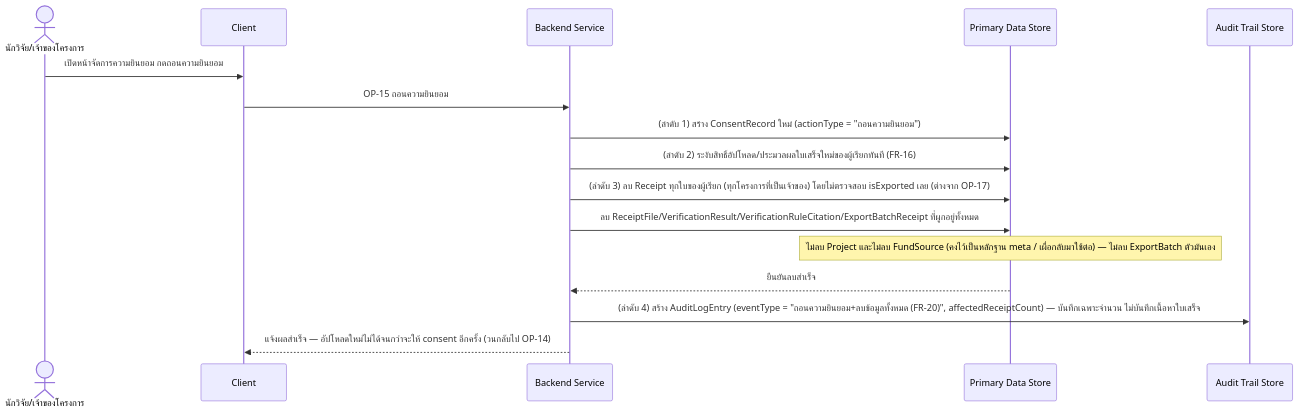
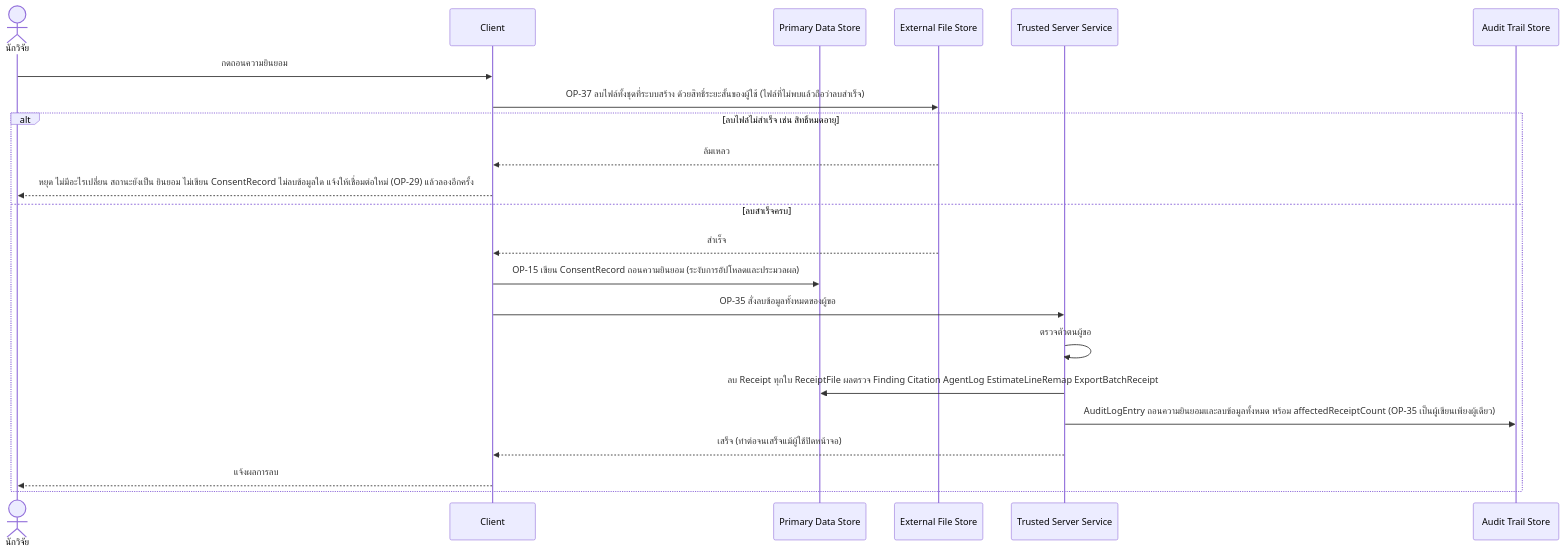
Before and after one commit to ptrsswnr/Grant-Receipt-Assistant: the second of 3 diagrams in docs/02-design/02-technical/detailed-design/consent-management.md, drawn with Mermaid. The commit also changed other lines of this file and 27 other files, not shown here.

````diff
--- a/docs/02-design/02-technical/detailed-design/consent-management.md
+++ b/docs/02-design/02-technical/detailed-design/consent-management.md
@@ -61,19 +56,25 @@
 ```mermaid
 sequenceDiagram
-    actor R as นักวิจัย/เจ้าของโครงการ
+    actor R as นักวิจัย
     participant C as Client
-    participant B as Backend Service
     participant DS as Primary Data Store
-    participant AT as Audit Trail Store
+    participant FS as External File Store
+    participant TS as Trusted Server Service
+    participant AU as Audit Trail Store
 
-    R->>C: เปิดหน้าจัดการความยินยอม กดถอนความยินยอม
-    C->>B: OP-15 ถอนความยินยอม
-    B->>DS: (ลำดับ 1) สร้าง ConsentRecord ใหม่ (actionType = "ถอนความยินยอม")
-    B->>DS: (ลำดับ 2) ระงับสิทธิ์อัปโหลด/ประมวลผลใบเสร็จใหม่ของผู้เรียกทันที (FR-16)
-    B->>DS: (ลำดับ 3) ลบ Receipt ทุกใบของผู้เรียก (ทุกโครงการที่เป็นเจ้าของ) โดยไม่ตรวจสอบ isExported เลย (ต่างจาก OP-17)
-    B->>DS: ลบ ReceiptFile/VerificationResult/VerificationRuleCitation/ExportBatchReceipt ที่ผูกอยู่ทั้งหมด
-    Note over DS: ไม่ลบ Project และไม่ลบ FundSource (คงไว้เป็นหลักฐาน meta / เผื่อกลับมาใช้ต่อ) — ไม่ลบ ExportBatch ตัวมันเอง
-    DS-->>B: ยืนยันลบสำเร็จ
-    B->>AT: (ลำดับ 4) สร้าง AuditLogEntry (eventType = "ถอนความยินยอม+ลบข้อมูลทั้งหมด (FR-20)", affectedReceiptCount) — บันทึกเฉพาะจำนวน ไม่บันทึกเนื้อหาใบเสร็จ
-    B-->>C: แจ้งผลสำเร็จ — อัปโหลดใหม่ไม่ได้จนกว่าจะให้ consent อีกครั้ง (วนกลับไป OP-14)
+    R->>C: กดถอนความยินยอม
+    C->>FS: OP-37 ลบไฟล์ทั้งชุดที่ระบบสร้าง ด้วยสิทธิ์ระยะสั้นของผู้ใช้ (ไฟล์ที่ไม่พบแล้วถือว่าลบสำเร็จ)
+    alt ลบไฟล์ไม่สำเร็จ เช่น สิทธิ์หมดอายุ
+        FS-->>C: ล้มเหลว
+        C-->>R: หยุด ไม่มีอะไรเปลี่ยน สถานะยังเป็น ยินยอม ไม่เขียน ConsentRecord ไม่ลบข้อมูลใด แจ้งให้เชื่อมต่อใหม่ (OP-29) แล้วลองอีกครั้ง
+    else ลบสำเร็จครบ
+        FS-->>C: สำเร็จ
+        C->>DS: OP-15 เขียน ConsentRecord ถอนความยินยอม (ระงับการอัปโหลดและประมวลผล)
+        C->>TS: OP-35 สั่งลบข้อมูลทั้งหมดของผู้ขอ
+        TS->>TS: ตรวจตัวตนผู้ขอ
+        TS->>DS: ลบ Receipt ทุกใบ ReceiptFile ผลตรวจ Finding Citation AgentLog EstimateLineRemap ExportBatchReceipt
+        TS->>AU: AuditLogEntry ถอนความยินยอมและลบข้อมูลทั้งหมด พร้อม affectedReceiptCount (OP-35 เป็นผู้เขียนเพียงผู้เดียว)
+        TS-->>C: เสร็จ (ทำต่อจนเสร็จแม้ผู้ใช้ปิดหน้าจอ)
+        C-->>R: แจ้งผลการลบ
+    end
 ```
````
